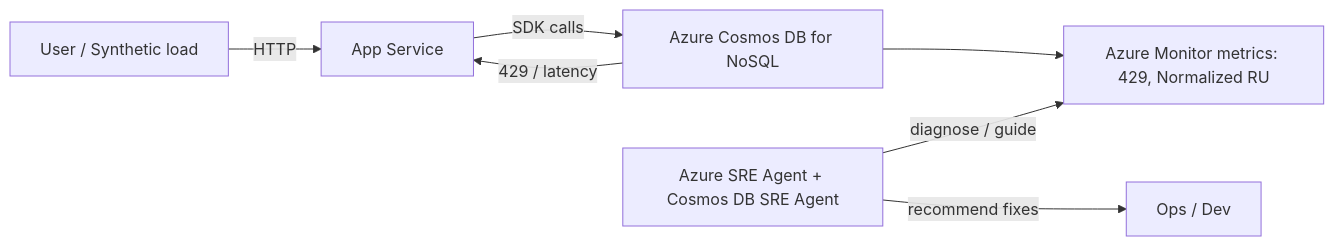
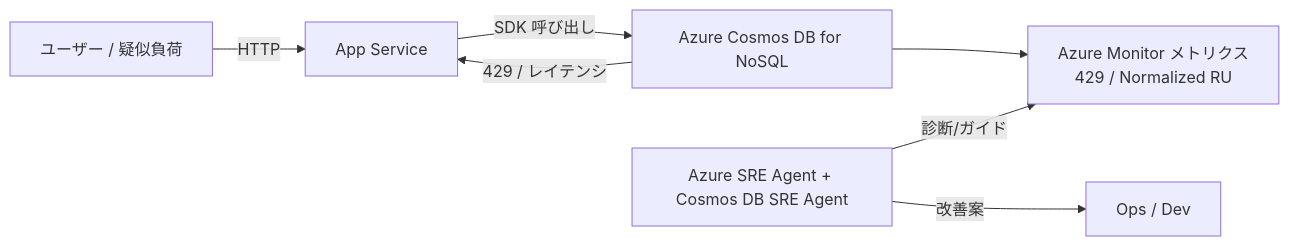
One commit to TakumiSeo/Tech-BLOG changed the tenth of 12 diagrams in content/posts/ja-jp/sre-agent-planning.md. Above: the diagram before and after it, drawn with Mermaid. The commit also changed other lines of this file, not shown here.

Commit message:
sre modify2

````diff
--- a/content/posts/ja-jp/sre-agent-planning.md
+++ b/content/posts/ja-jp/sre-agent-planning.md
@@ -662,9 +662,9 @@
 ```mermaid
 flowchart LR
-  U[User / Synthetic load] -->|HTTP| AS[App Service]
-  AS -->|SDK calls| CDB[Azure Cosmos DB for NoSQL]
-  CDB -->|429 / latency| AS
-  CDB --> M[Azure Monitor metrics: 429, Normalized RU]
-  SA[Azure SRE Agent + Cosmos DB SRE Agent] -->|diagnose / guide| M
-  SA -->|recommend fixes| Ops[Ops / Dev]
+  U["ユーザー / 疑似負荷"] -->|HTTP| AS["App Service"]
+  AS -->|SDK 呼び出し| CDB["Azure Cosmos DB for NoSQL"]
+  CDB -->|429 / レイテンシ| AS
+  CDB --> M["Azure Monitor メトリクス\n429 / Normalized RU"]
+  SA["Azure SRE Agent + Cosmos DB SRE Agent"] -->|診断/ガイド| M
+  SA -->|改善案| Ops["Ops / Dev"]
 ```
````
